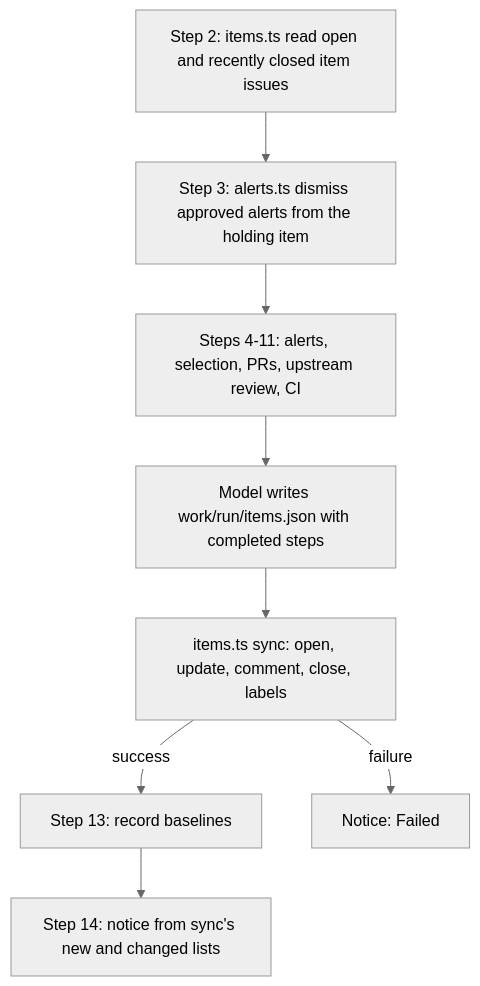
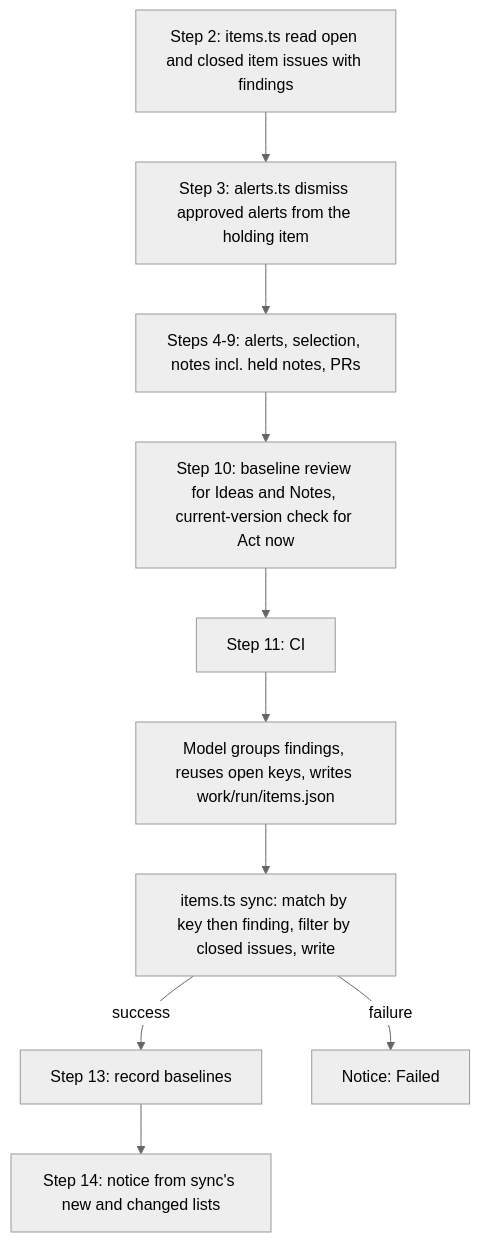
Before and after one commit to twistymaze/longhand: the first of 3 diagrams in docs/plans/2026-10-19-1905-chore-upkeep-item-issues-plan.md, drawn with Mermaid (neutral theme). The commit also changed other lines of this file, not shown here.

First line of the commit message:
docs: group the upkeep item issues and find urgent fixes from scratch each run

````diff
--- a/docs/plans/2026-10-19-1905-chore-upkeep-item-issues-plan.md
+++ b/docs/plans/2026-10-19-1905-chore-upkeep-item-issues-plan.md
@@ -165,10 +194,12 @@
 ```mermaid
 flowchart TB
-  S2[Step 2: items.ts read open and recently closed item issues] --> S3[Step 3: alerts.ts dismiss approved alerts from the holding item]
-  S3 --> S4[Steps 4-11: alerts, selection, PRs, upstream review, CI]
-  S4 --> W[Model writes work/run/items.json with completed steps]
-  W --> SY[items.ts sync: open, update, comment, close, labels]
+  S2[Step 2: items.ts read open and closed item issues with findings] --> S3[Step 3: alerts.ts dismiss approved alerts from the holding item]
+  S3 --> S4[Steps 4-9: alerts, selection, notes incl. held notes, PRs]
+  S4 --> S10[Step 10: baseline review for Ideas and Notes, current-version check for Act now]
+  S10 --> S11[Step 11: CI]
+  S11 --> W[Model groups findings, reuses open keys, writes work/run/items.json]
+  W --> SY[items.ts sync: match by key then finding, filter by closed issues, write]
   SY -->|success| S13[Step 13: record baselines]
   SY -->|failure| F[Notice: Failed]
   S13 --> S14[Step 14: notice from sync's new and changed lists]
 ```
````
